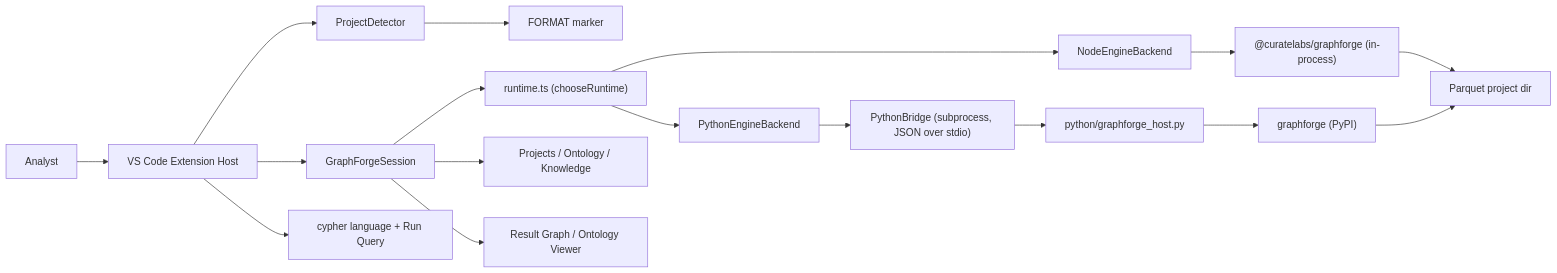
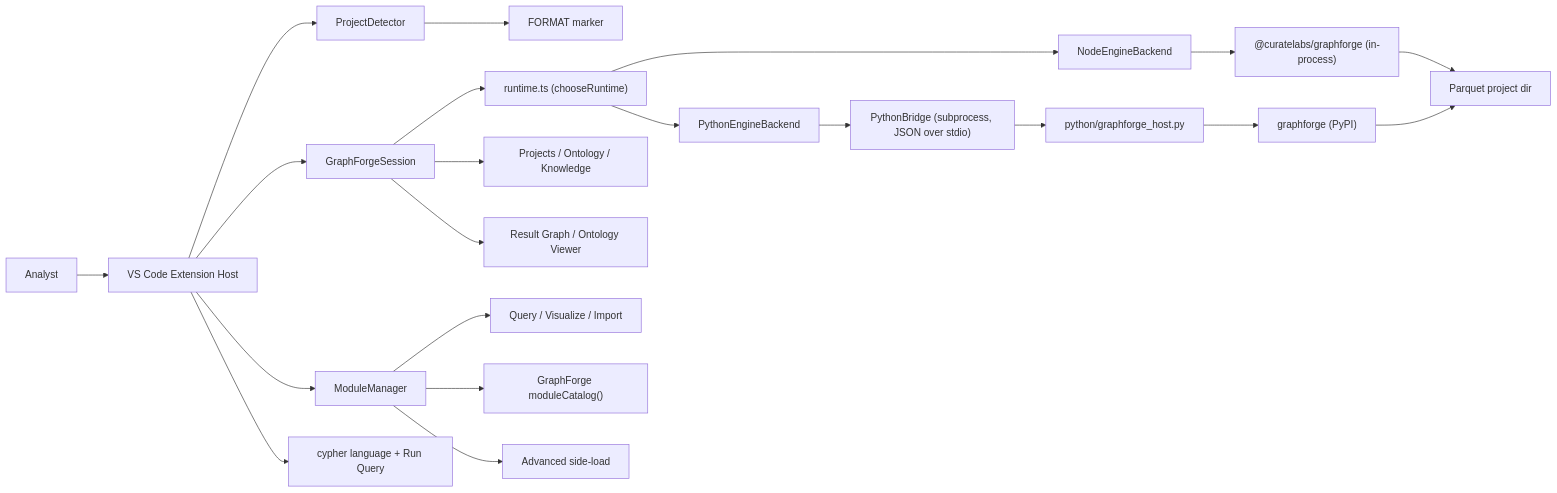
Before and after one commit to CurateLabs/graphforge-vscode: the diagram in docs/engineering/ARCHITECTURE.md, drawn with Mermaid. The commit also changed other lines of this file and 101 other files, not shown here.

First line of the commit message:
feat: enhance GraphForge with new commands and dependencies

````diff
--- a/docs/engineering/ARCHITECTURE.md
+++ b/docs/engineering/ARCHITECTURE.md
@@ -10,19 +17,23 @@
 ```mermaid
 flowchart LR
   Analyst["Analyst"] --> Vscode["VS Code Extension Host"]
   Vscode --> Detector["ProjectDetector"]
   Vscode --> Session["GraphForgeSession"]
   Detector --> Format["FORMAT marker"]
   Session --> Runtime["runtime.ts (chooseRuntime)"]
   Runtime --> NodeBackend["NodeEngineBackend"]
   Runtime --> PyBackend["PythonEngineBackend"]
   NodeBackend --> Native["@curatelabs/graphforge (in-process)"]
   PyBackend --> Bridge["PythonBridge (subprocess, JSON over stdio)"]
   Bridge --> Host["python/graphforge_host.py"]
   Host --> PyPkg["graphforge (PyPI)"]
   Native --> ProjectDir["Parquet project dir"]
   PyPkg --> ProjectDir
   Session --> Trees["Projects / Ontology / Knowledge"]
   Session --> Webviews["Result Graph / Ontology Viewer"]
+  Vscode --> Modules["ModuleManager"]
+  Modules --> Builtins["Query / Visualize / Import"]
+  Modules --> Catalog["GraphForge moduleCatalog()"]
+  Modules --> Sideload["Advanced side-load"]
   Vscode --> Cypher["cypher language + Run Query"]
 ```
````
